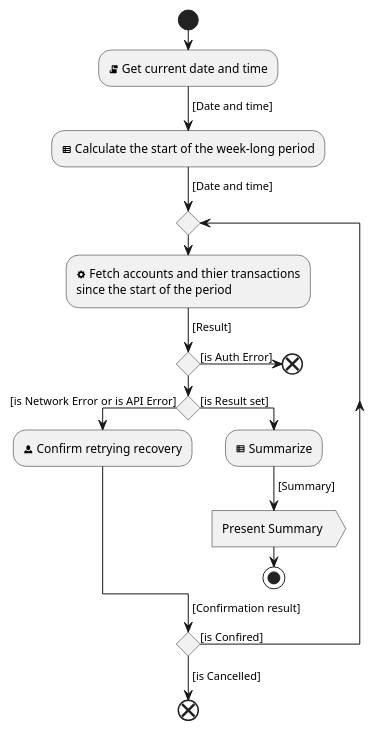
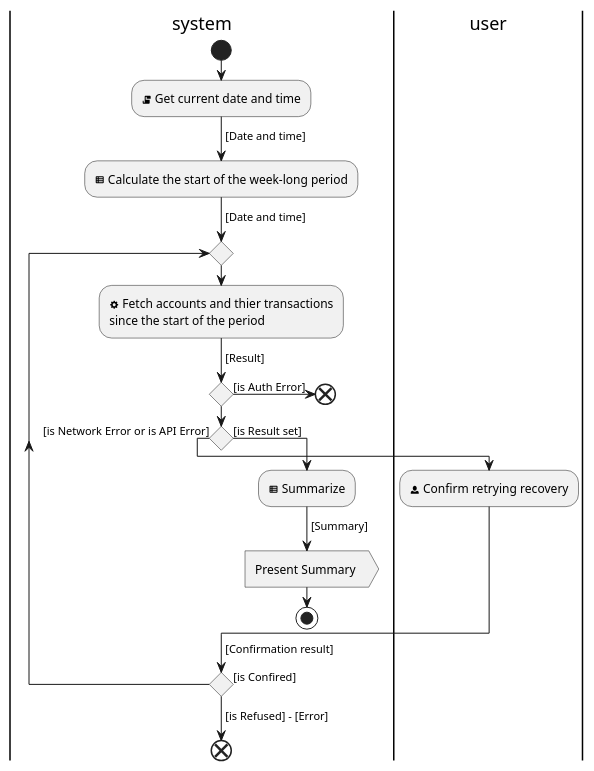
One commit to hristo-stefanov/MiniBankingDemo changed the diagram in diagrams/Present Accounts and RoundUps Summary.puml. Above: the diagram before and after it, drawn with PlantUML. The commit also changed 1 other file, not shown here.

```diff
--- a/diagrams/Present Accounts and RoundUps Summary.puml
+++ b/diagrams/Present Accounts and RoundUps Summary.puml
@@ -1,32 +1,34 @@
 @startuml
 'https://plantuml.com/activity-diagram-beta
 
-|app|
+|system|
 start
 :<&script> Get current date and time;
 -> [Date and time];
 :<&spreadsheet> Calculate the start of the week-long period;
 -> [Date and time];
 repeat
  :<&cog> Fetch accounts and thier transactions
 since the start of the period;
 -> [Result];
 
 if () then ([is Auth Error])
     end
 endif
 
 if () then ([is Network Error or is API Error])
+    |user|
     :<&person> Confirm retrying recovery;
+    |system|
 else ([is Result set])
     :<&spreadsheet> Summarize;
     -> [Summary];
     :Present Summary >
     stop
 endif
 
 -> [Confirmation result];
 repeat while () is ([is Confired])
--> [is Cancelled];
+-> [is Refused] - [Error];
 end
 @enduml
```
